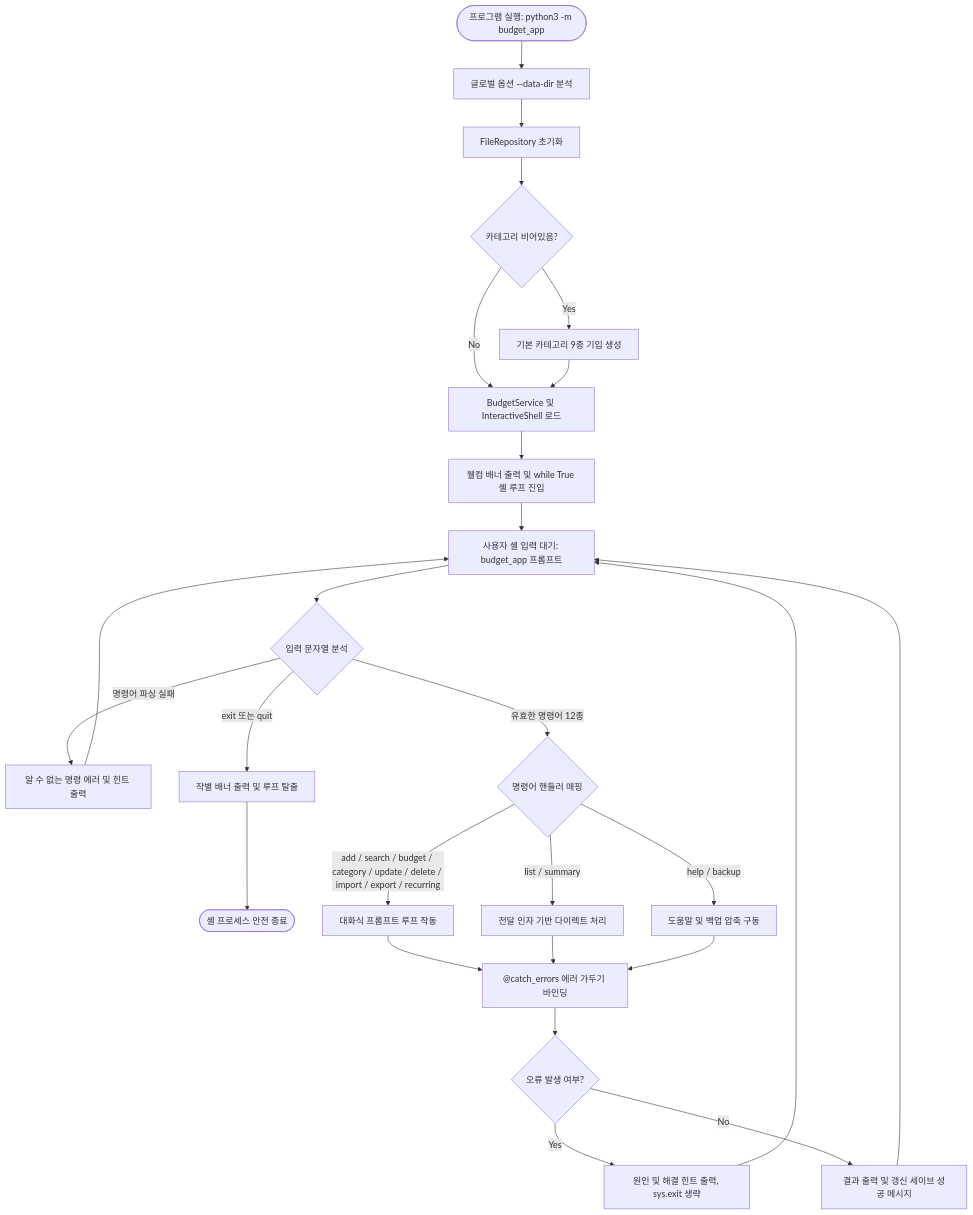
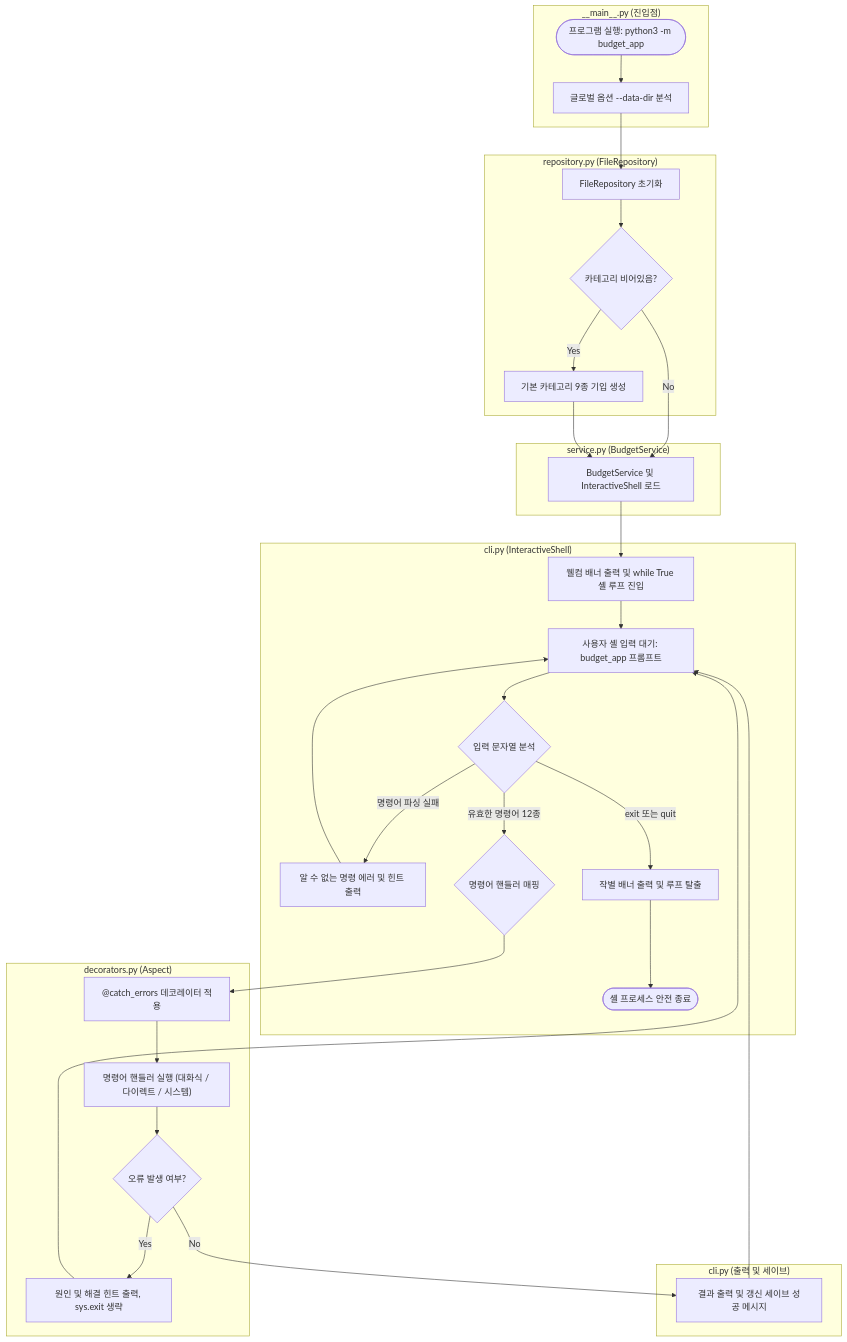
The fourth of 4 diagrams in b2_1/README.md (ntt65/codyssey), drawn with Mermaid before and after one commit. The commit also changed other lines of this file, not shown here.

Commit message:
b2-1:README.md: 가계부 앱 초기 실행 흐름도 및 명령어 실행 루프 흐름도 개선

````diff
--- a/b2_1/README.md
+++ b/b2_1/README.md
@@ -295,37 +349,48 @@
 ```mermaid
 %%{init: {'themeVariables': { 'fontSize': '16px' }}}%%
 flowchart TD
-    Start([프로그램 실행: python3 -m budget_app]) --> ParseArgs[글로벌 옵션 --data-dir 분석]
-    ParseArgs --> InitRepo[FileRepository 초기화]
-    InitRepo --> CheckCats{카테고리 비어있음?}
-    CheckCats -- Yes --> GenDefaultCats[기본 카테고리 9종 기입 생성]
-    CheckCats -- No --> InitService[BudgetService 및 InteractiveShell 로드]
-    GenDefaultCats --> InitService
-    InitService --> Welcome[웰컴 배너 출력 및 while True 셸 루프 진입]
+    subgraph Main ["__main__.py (진입점)"]
+        Start([프로그램 실행: python3 -m budget_app]) --> ParseArgs[글로벌 옵션 --data-dir 분석]
+    end
     
-    Welcome --> Prompt[사용자 셸 입력 대기: budget_app 프롬프트]
-    Prompt --> CheckInput{입력 문자열 분석}
+    subgraph Repo ["repository.py (FileRepository)"]
+        ParseArgs --> InitRepo[FileRepository 초기화]
+        InitRepo --> CheckCats{카테고리 비어있음?}
+        CheckCats -- Yes --> GenDefaultCats[기본 카테고리 9종 기입 생성]
+    end
     
-    CheckInput -->|명령어 파싱 실패| ErrCommand[알 수 없는 명령 에러 및 힌트 출력]
-    ErrCommand --> Prompt
+    subgraph Service ["service.py (BudgetService)"]
+        CheckCats -- No --> InitService[BudgetService 및 InteractiveShell 로드]
+        GenDefaultCats --> InitService
+    end
     
-    CheckInput -->|exit 또는 quit| ExitShell[작별 배너 출력 및 루프 탈출]
-    ExitShell --> End([셸 프로세스 안전 종료])
+    subgraph CLI ["cli.py (InteractiveShell)"]
+        InitService --> Welcome[웰컴 배너 출력 및 while True 셸 루프 진입]
+        
+        Welcome --> Prompt[사용자 셸 입력 대기: budget_app 프롬프트]
+        Prompt --> CheckInput{입력 문자열 분석}
+        
+        CheckInput -->|명령어 파싱 실패| ErrCommand[알 수 없는 명령 에러 및 힌트 출력]
+        ErrCommand --> Prompt
+        
+        CheckInput -->|exit 또는 quit| ExitShell[작별 배너 출력 및 루프 탈출]
+        ExitShell --> End([셸 프로세스 안전 종료])
+        
+        CheckInput -->|유효한 명령어 12종| CommandRouting{명령어 핸들러 매핑}
+    end
     
-    CheckInput -->|유효한 명령어 12종| CommandRouting{명령어 핸들러 매핑}
+    subgraph Decorators ["decorators.py (Aspect)"]
+        CommandRouting --> Decorator["@catch_errors 데코레이터 적용"]
+        Decorator --> Exec["명령어 핸들러 실행 (대화식 / 다이렉트 / 시스템)"]
+        
+        Exec --> CheckError{오류 발생 여부?}
+        CheckError -- Yes --> PrintErr[원인 및 해결 힌트 출력, sys.exit 생략]
+    end
     
-    CommandRouting -->|add / search / budget / category / update / delete / import / export / recurring| ExecInteractive[대화식 프롬프트 루프 작동]
-    CommandRouting -->|list / summary| ExecDirect[전달 인자 기반 다이렉트 처리]
-    CommandRouting -->|help / backup| ExecSystem[도움말 및 백업 압축 구동]
-    
-    ExecInteractive --> Decorator["@catch_errors 에러 가두기 바인딩"]
-    ExecDirect --> Decorator
-    ExecSystem --> Decorator
-    
-    Decorator --> CheckError{오류 발생 여부?}
-    CheckError -- Yes --> PrintErr[원인 및 해결 힌트 출력, sys.exit 생략]
-    CheckError -- No --> PrintSuccess[결과 출력 및 갱신 세이브 성공 메시지]
-    
-    PrintErr --> Prompt
-    PrintSuccess --> Prompt
+    subgraph CLI_Loop ["cli.py (출력 및 세이브)"]
+        CheckError -- No --> PrintSuccess[결과 출력 및 갱신 세이브 성공 메시지]
+        
+        PrintErr --> Prompt
+        PrintSuccess --> Prompt
+    end
 ```
````
